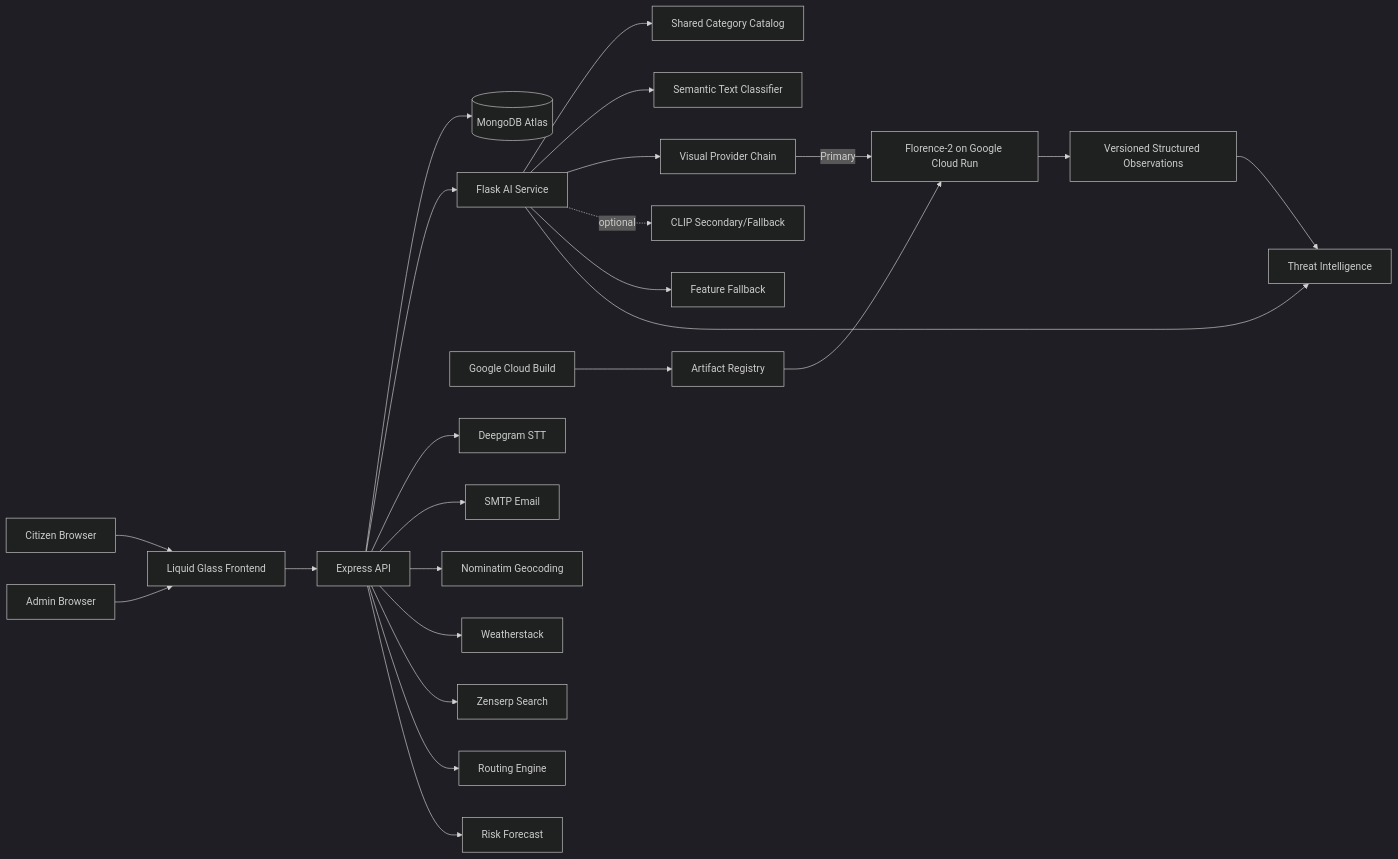
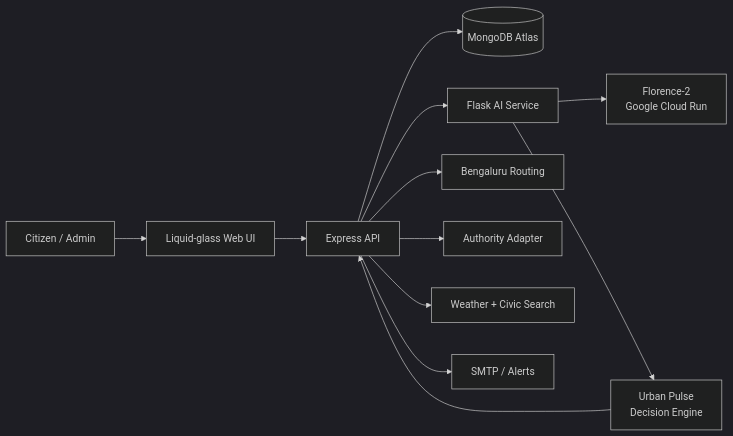
The first of 2 diagrams in README.md (Shreyas0047/Urban-Pulse-Ai), drawn with Mermaid (dark theme) before and after one commit. The commit also changed other lines of this file and 8 other files, not shown here.

````diff
--- a/README.md
+++ b/README.md
@@ -120,26 +76,14 @@
-```mermaid
+~~~mermaid
 flowchart LR
-    Citizen[Citizen Browser] --> Frontend[Liquid Glass Frontend]
-    Admin[Admin Browser] --> Frontend
-    Frontend --> Express[Express API]
-    Express --> Mongo[(MongoDB Atlas)]
-    Express --> Flask[Flask AI Service]
-    Flask --> Catalog[Shared Category Catalog]
-    Flask --> TextAI[Semantic Text Classifier]
-    Flask --> Provider[Visual Provider Chain]
-    Provider -->|Primary| VisionAI[Florence-2 on Google Cloud Run]
-    CloudBuild[Google Cloud Build] --> Registry[Artifact Registry]
-    Registry --> VisionAI
-    VisionAI --> Observation[Versioned Structured Observations]
-    Observation --> ThreatAI
-    Flask -. optional .-> CLIP[CLIP Secondary/Fallback]
-    Flask --> VisionFallback[Feature Fallback]
-    Flask --> ThreatAI[Threat Intelligence]
-    Express --> Deepgram[Deepgram STT]
-    Express --> SMTP[SMTP Email]
-    Express --> Geo[Nominatim Geocoding]
-    Express --> Weather[Weatherstack]
-    Express --> Zenserp[Zenserp Search]
-    Express --> Routing[Routing Engine]
-    Express --> Risk[Risk Forecast]
-```
+    Citizen[Citizen / Admin] --> UI[Liquid-glass Web UI]
+    UI --> API[Express API]
+    API --> DB[(MongoDB Atlas)]
+    API --> AI[Flask AI Service]
+    AI --> Vision[Florence-2<br/>Google Cloud Run]
+    AI --> Decision[Urban Pulse<br/>Decision Engine]
+    Decision --> API
+    API --> Route[Bengaluru Routing]
+    API --> Authority[Authority Adapter]
+    API --> Context[Weather + Civic Search]
+    API --> Mail[SMTP / Alerts]
+~~~
````
